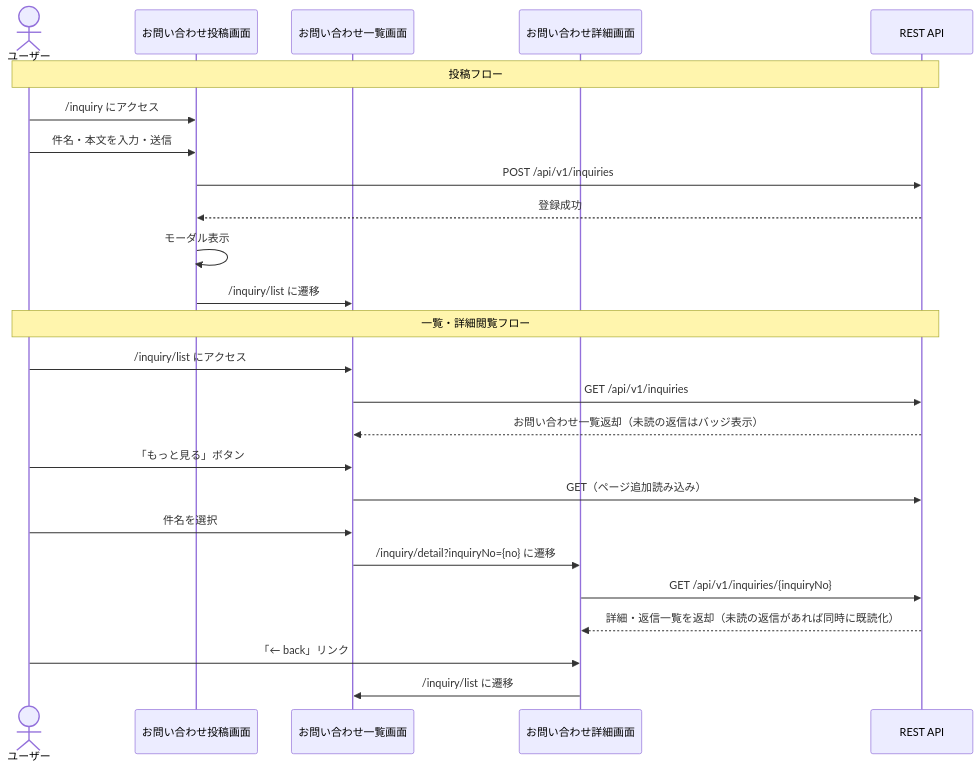
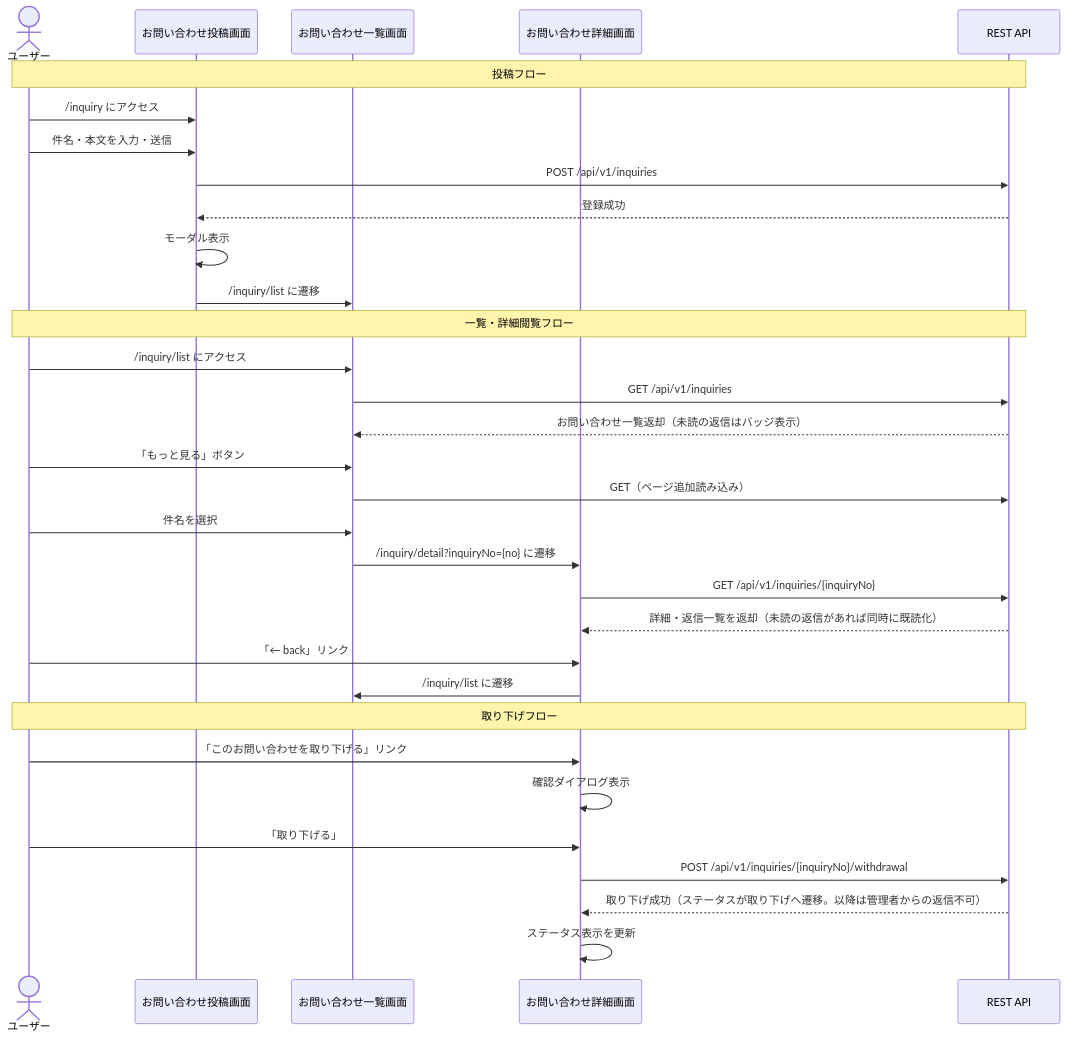
The eighth of 9 diagrams in doc/view/screen-transition.md (KentoKodama214/WebGallery), drawn with Mermaid before and after one commit. The commit also changed other lines of this file and 33 other files, not shown here.

````diff
--- a/doc/view/screen-transition.md
+++ b/doc/view/screen-transition.md
@@ -276,29 +276,37 @@
 ```mermaid
 sequenceDiagram
     actor User as ユーザー
     participant Form as お問い合わせ投稿画面
     participant List as お問い合わせ一覧画面
     participant Detail as お問い合わせ詳細画面
     participant API as REST API
 
     Note over User, API: 投稿フロー
     User->>Form: /inquiry にアクセス
     User->>Form: 件名・本文を入力・送信
     Form->>API: POST /api/v1/inquiries
     API-->>Form: 登録成功
     Form->>Form: モーダル表示
     Form->>List: /inquiry/list に遷移
 
     Note over User, API: 一覧・詳細閲覧フロー
     User->>List: /inquiry/list にアクセス
     List->>API: GET /api/v1/inquiries
     API-->>List: お問い合わせ一覧返却（未読の返信はバッジ表示）
     User->>List: 「もっと見る」ボタン
     List->>API: GET（ページ追加読み込み）
     User->>List: 件名を選択
     List->>Detail: /inquiry/detail?inquiryNo={no} に遷移
     Detail->>API: GET /api/v1/inquiries/{inquiryNo}
     API-->>Detail: 詳細・返信一覧を返却（未読の返信があれば同時に既読化）
     User->>Detail: 「← back」リンク
     Detail->>List: /inquiry/list に遷移
+
+    Note over User, API: 取り下げフロー
+    User->>Detail: 「このお問い合わせを取り下げる」リンク
+    Detail->>Detail: 確認ダイアログ表示
+    User->>Detail: 「取り下げる」
+    Detail->>API: POST /api/v1/inquiries/{inquiryNo}/withdrawal
+    API-->>Detail: 取り下げ成功（ステータスが取り下げへ遷移。以降は管理者からの返信不可）
+    Detail->>Detail: ステータス表示を更新
 ```
````
